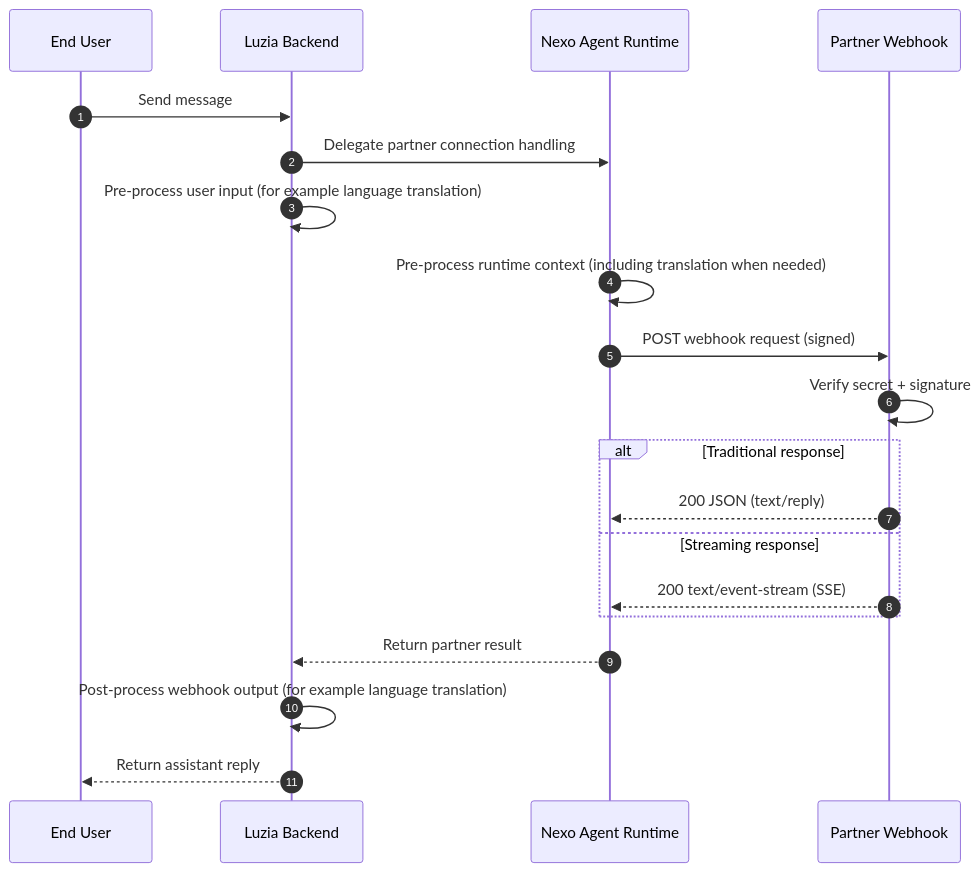
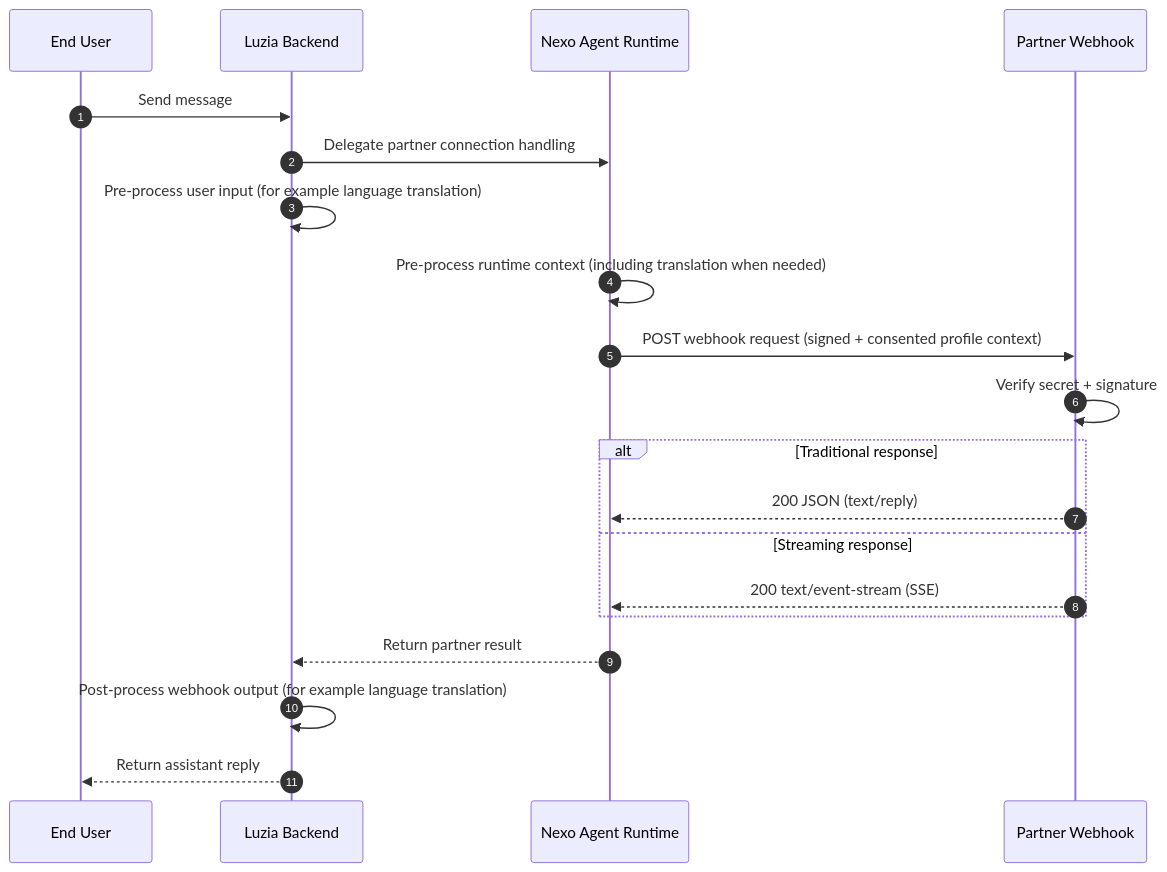
Before and after one commit to The-Wordlab/luzia-nexo-api: the diagram in README.md, drawn with Mermaid. The commit also changed other lines of this file and 3 other files, not shown here.

Commit message:
docs: enrich profile context examples including dietary preferences

````diff
--- a/README.md
+++ b/README.md
@@ -17,23 +17,23 @@
 ```mermaid
 sequenceDiagram
     autonumber
     participant User as End User
     participant Luzia as Luzia Backend
     participant Nexo as Nexo Agent Runtime
     participant Partner as Partner Webhook
 
     User->>Luzia: Send message
     Luzia->>Nexo: Delegate partner connection handling
     Luzia->>Luzia: Pre-process user input (for example language translation)
     Nexo->>Nexo: Pre-process runtime context (including translation when needed)
-    Nexo->>Partner: POST webhook request (signed)
+    Nexo->>Partner: POST webhook request (signed + consented profile context)
     Partner->>Partner: Verify secret + signature
     alt Traditional response
         Partner-->>Nexo: 200 JSON (text/reply)
     else Streaming response
         Partner-->>Nexo: 200 text/event-stream (SSE)
     end
     Nexo-->>Luzia: Return partner result
     Luzia->>Luzia: Post-process webhook output (for example language translation)
     Luzia-->>User: Return assistant reply
 ```
````
